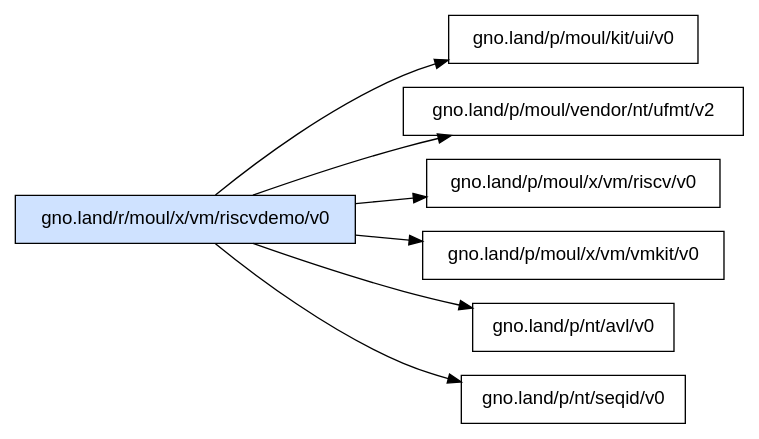
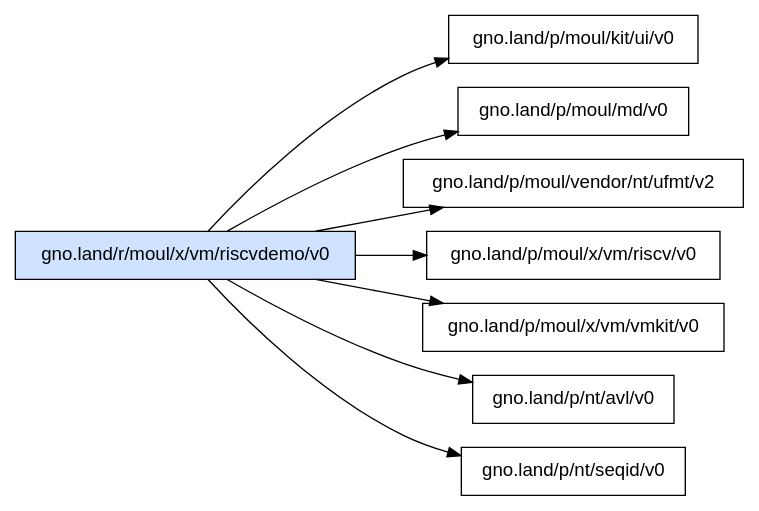
One commit to moul/gno-contracts changed the diagram in _assets/gno.land/r/moul/x/vm/riscvdemo/v0/deps.dot. Above: the diagram before and after it, drawn with Graphviz. The commit also changed 13 other files, not shown here.

Commit message:
chore: regenerate catalog, graphs and on-chain status [skip ci]

```diff
--- a/_assets/gno.land/r/moul/x/vm/riscvdemo/v0/deps.dot
+++ b/_assets/gno.land/r/moul/x/vm/riscvdemo/v0/deps.dot
@@ -1,11 +1,12 @@
 digraph deps {
   rankdir=LR;
   node [shape=box, fontname="sans-serif"];
   "gno.land/r/moul/x/vm/riscvdemo/v0" [style=filled, fillcolor="#cfe2ff"];
   "gno.land/r/moul/x/vm/riscvdemo/v0" -> "gno.land/p/moul/kit/ui/v0";
+  "gno.land/r/moul/x/vm/riscvdemo/v0" -> "gno.land/p/moul/md/v0";
   "gno.land/r/moul/x/vm/riscvdemo/v0" -> "gno.land/p/moul/vendor/nt/ufmt/v2";
   "gno.land/r/moul/x/vm/riscvdemo/v0" -> "gno.land/p/moul/x/vm/riscv/v0";
   "gno.land/r/moul/x/vm/riscvdemo/v0" -> "gno.land/p/moul/x/vm/vmkit/v0";
   "gno.land/r/moul/x/vm/riscvdemo/v0" -> "gno.land/p/nt/avl/v0";
   "gno.land/r/moul/x/vm/riscvdemo/v0" -> "gno.land/p/nt/seqid/v0";
 }
```
